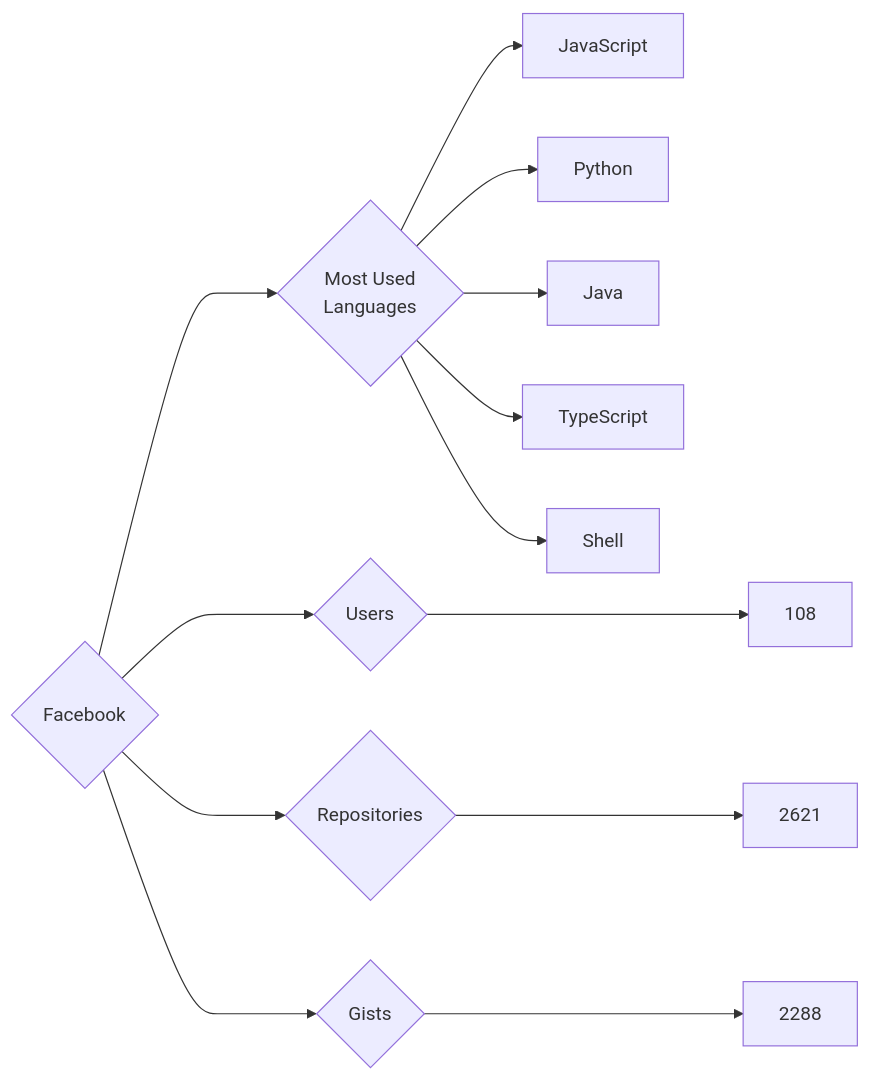
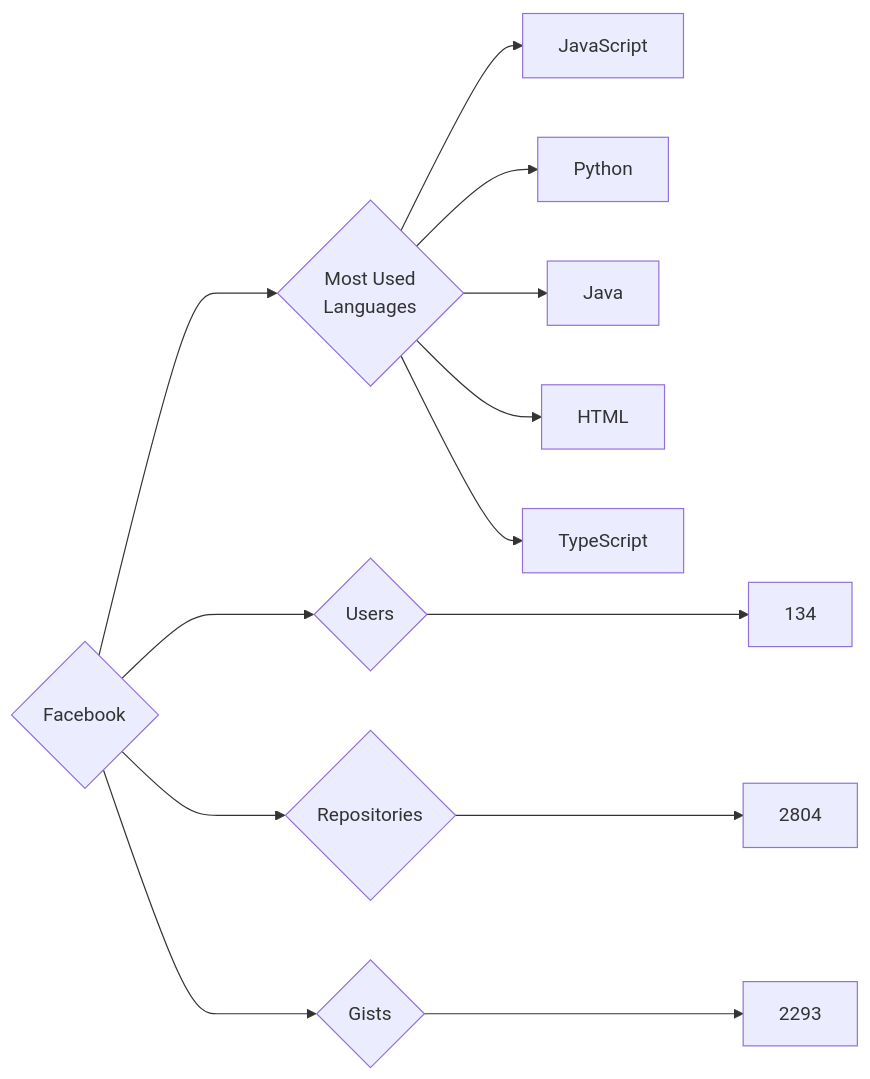
One commit to trickest/insiders changed the diagram in targets/Facebook/README.md. Above: the diagram before and after it, drawn with Mermaid. The commit also changed 682 other files, not shown here.

````diff
--- a/targets/Facebook/README.md
+++ b/targets/Facebook/README.md
@@ -3,13 +3,13 @@
 ```mermaid
 graph LR
 COMPANY_NAME{Facebook}
-COMPANY_NAME ---> U{Users} ---> UN[108]
-COMPANY_NAME ---> R{Repositories} ---> RN[2621]
-COMPANY_NAME ---> G{Gists} ---> GN[2288]
+COMPANY_NAME ---> U{Users} ---> UN[134]
+COMPANY_NAME ---> R{Repositories} ---> RN[2804]
+COMPANY_NAME ---> G{Gists} ---> GN[2293]
 COMPANY_NAME ---> ML{Most Used<br>Languages}
 ML --> JavaScript[JavaScript]
 ML --> Python[Python]
 ML --> Java[Java]
+ML --> HTML[HTML]
 ML --> TypeScript[TypeScript]
-ML --> Shell[Shell]
 ```
````
